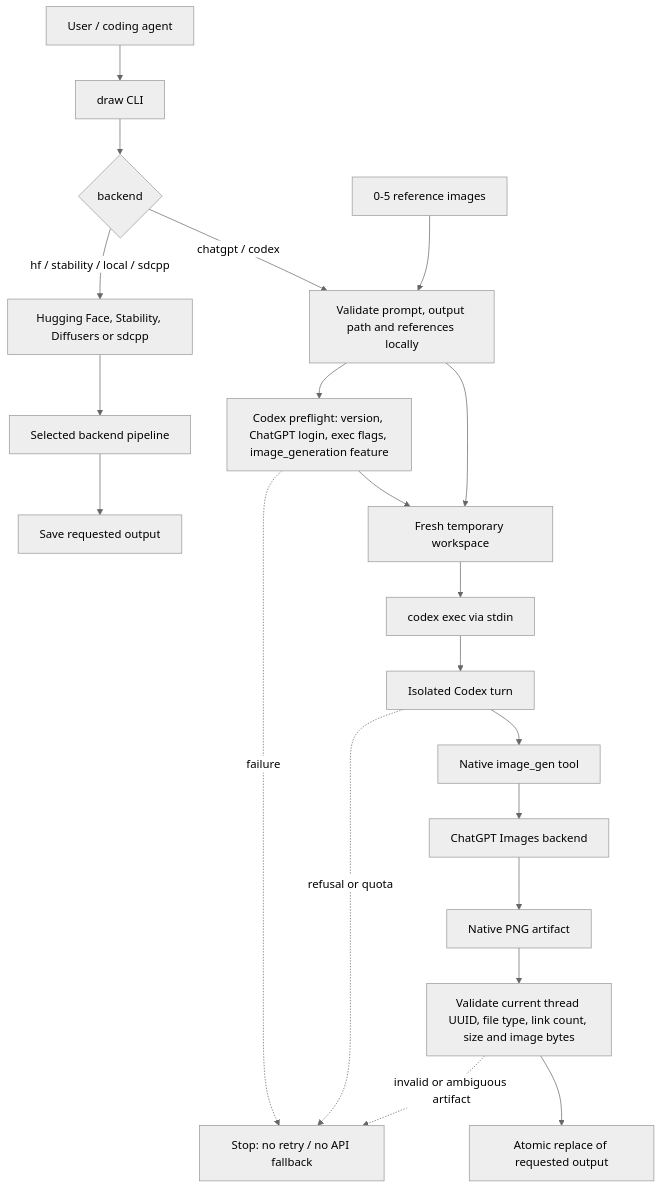
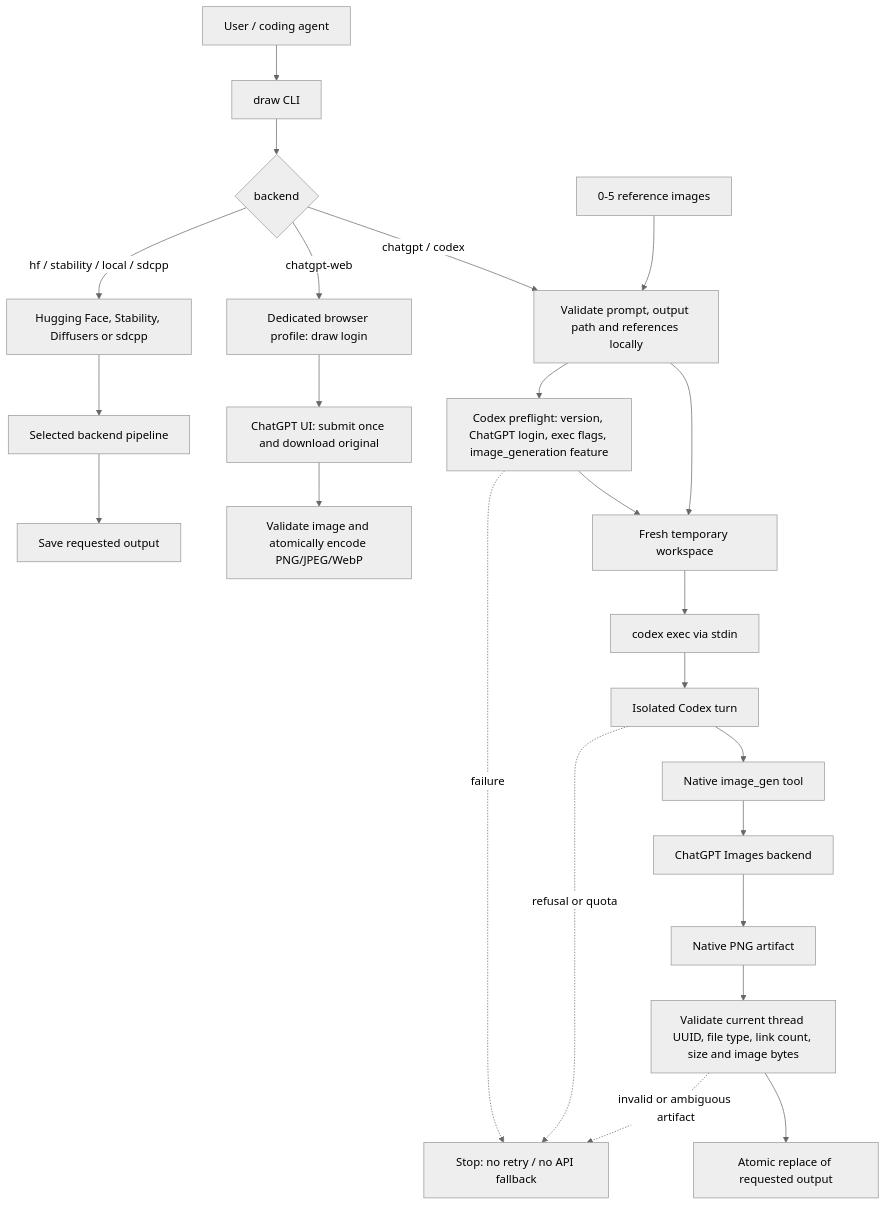
Before and after one commit to alex-mextner/draw-cli: the diagram in README.md, drawn with Mermaid (neutral theme). The commit also changed other lines of this file and 16 other files, not shown here.

````diff
--- a/README.md
+++ b/README.md
@@ -32,26 +87,30 @@
 ```mermaid
 flowchart TD
     A[User / coding agent] --> B[draw CLI]
     B --> C{backend}
 
     C -->|hf / stability / local / sdcpp| H[Hugging Face, Stability, Diffusers or sdcpp]
     H --> HP[Selected backend pipeline]
     HP --> HS[Save requested output]
+
+    C -->|chatgpt-web| BW[Dedicated browser profile: draw login]
+    BW --> BU[ChatGPT UI: submit once and download original]
+    BU --> BV[Validate image and atomically encode PNG/JPEG/WebP]
 
     C -->|chatgpt / codex| V[Validate prompt, output path and references locally]
     R[0-5 reference images] --> V
     V --> P[Codex preflight: version, ChatGPT login, exec flags, image_generation feature]
     P --> W[Fresh temporary workspace]
     V --> W
     W --> E[codex exec via stdin]
     E --> I[Isolated Codex turn]
     I --> G[Native image_gen tool]
     G --> S[ChatGPT Images backend]
     S --> N[Native PNG artifact]
     N --> Q[Validate current thread UUID, file type, link count, size and image bytes]
     Q --> O[Atomic replace of requested output]
 
     P -. failure .-> X[Stop: no retry / no API fallback]
     I -. refusal or quota .-> X
     Q -. invalid or ambiguous artifact .-> X
 ```
````
